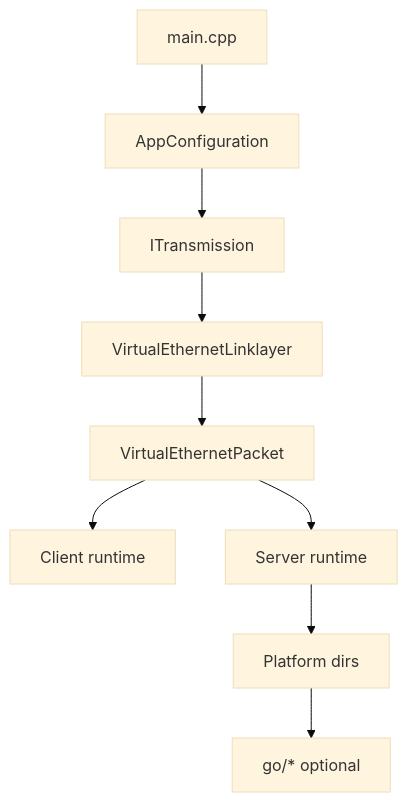
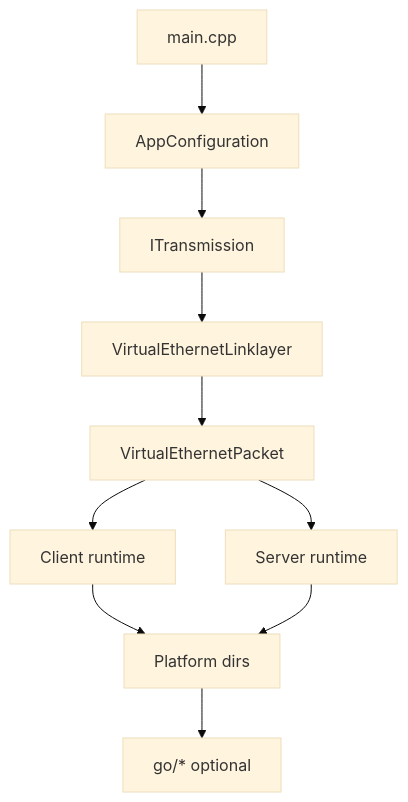
Before and after one commit to HyacinthHaru/openppp2: the first of 11 diagrams in docs/SOURCE_READING_GUIDE.md, drawn with Mermaid (base theme). The commit also changed other lines of this file and 93 other files, not shown here.

````diff
--- a/docs/SOURCE_READING_GUIDE.md
+++ b/docs/SOURCE_READING_GUIDE.md
@@ -21,11 +25,12 @@
 ```mermaid
 flowchart TD
     A[main.cpp] --> B[AppConfiguration]
     B --> C[ITransmission]
     C --> D[VirtualEthernetLinklayer]
     D --> E[VirtualEthernetPacket]
     E --> F[Client runtime]
     E --> G[Server runtime]
-    G --> H[Platform dirs]
+    F --> H[Platform dirs]
+    G --> H
     H --> I[go/* optional]
 ```
````
